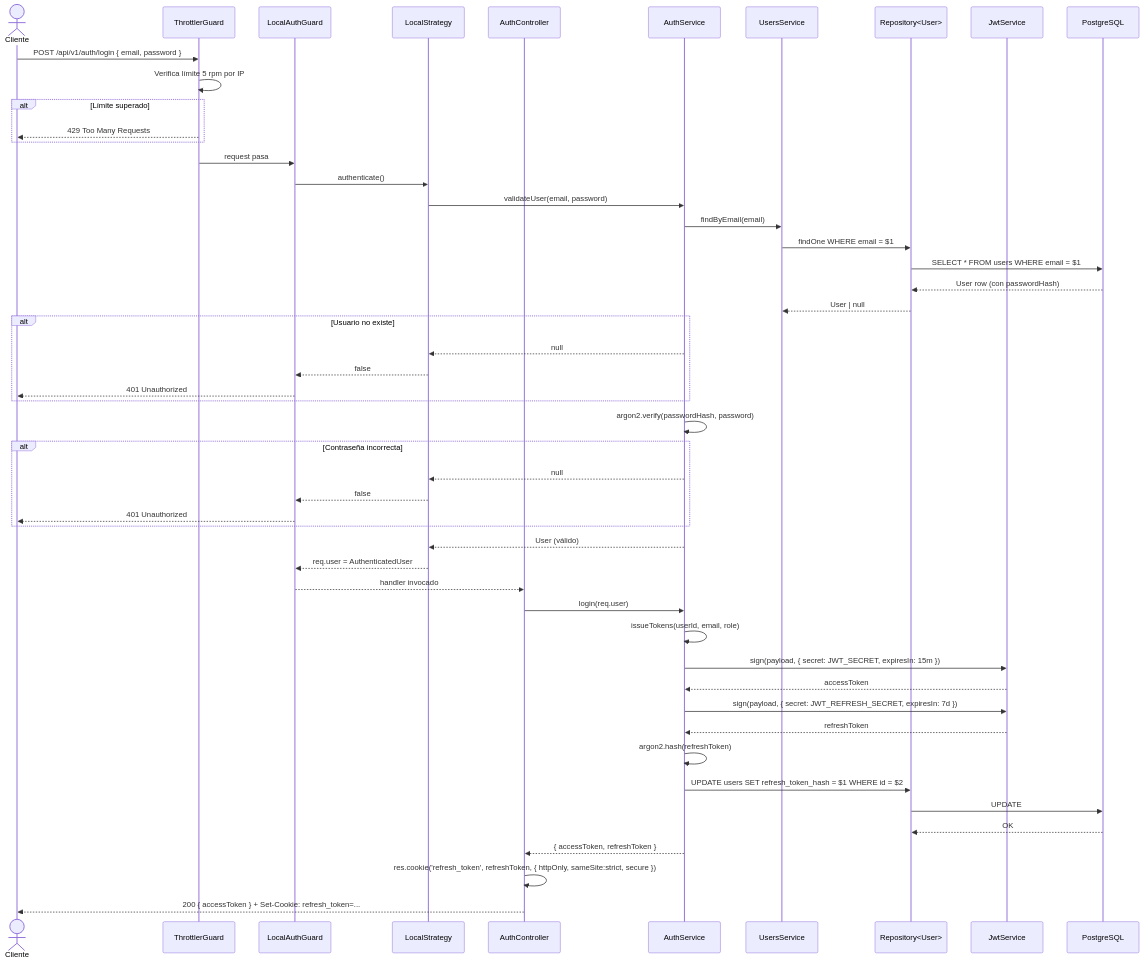
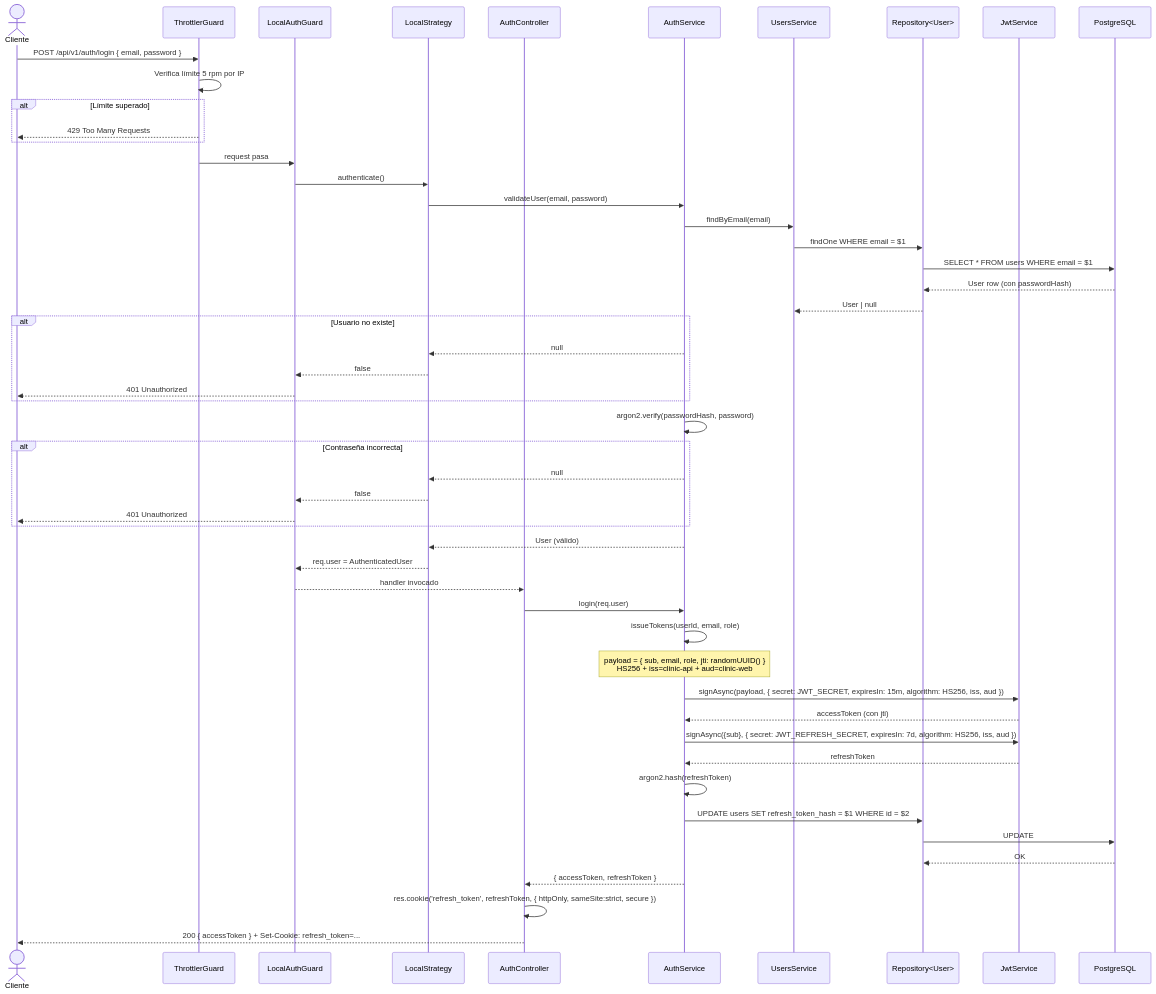
The first of 4 diagrams in SEQUENCES.md (MiguelAngelRamos/base-nest-deluxe), drawn with Mermaid before and after one commit. The commit also changed other lines of this file and 7 other files, not shown here.

````diff
--- a/SEQUENCES.md
+++ b/SEQUENCES.md
@@ -13,60 +14,61 @@
 ```mermaid
 sequenceDiagram
     actor Cliente
     participant ThrottlerGuard
     participant LocalAuthGuard
     participant LocalStrategy
     participant AuthController
     participant AuthService
     participant UsersService
     participant UserRepo as Repository<User>
     participant JwtService
     participant DB as PostgreSQL
 
     Cliente->>ThrottlerGuard: POST /api/v1/auth/login { email, password }
     ThrottlerGuard->>ThrottlerGuard: Verifica límite 5 rpm por IP
     alt Límite superado
         ThrottlerGuard-->>Cliente: 429 Too Many Requests
     end
 
     ThrottlerGuard->>LocalAuthGuard: request pasa
     LocalAuthGuard->>LocalStrategy: authenticate()
     LocalStrategy->>AuthService: validateUser(email, password)
     AuthService->>UsersService: findByEmail(email)
     UsersService->>UserRepo: findOne WHERE email = $1
     UserRepo->>DB: SELECT * FROM users WHERE email = $1
     DB-->>UserRepo: User row (con passwordHash)
     UserRepo-->>UsersService: User | null
 
     alt Usuario no existe
         AuthService-->>LocalStrategy: null
         LocalStrategy-->>LocalAuthGuard: false
         LocalAuthGuard-->>Cliente: 401 Unauthorized
     end
 
     AuthService->>AuthService: argon2.verify(passwordHash, password)
     alt Contraseña incorrecta
         AuthService-->>LocalStrategy: null
         LocalStrategy-->>LocalAuthGuard: false
         LocalAuthGuard-->>Cliente: 401 Unauthorized
     end
 
     AuthService-->>LocalStrategy: User (válido)
     LocalStrategy-->>LocalAuthGuard: req.user = AuthenticatedUser
     LocalAuthGuard-->>AuthController: handler invocado
 
     AuthController->>AuthService: login(req.user)
     AuthService->>AuthService: issueTokens(userId, email, role)
-    AuthService->>JwtService: sign(payload, { secret: JWT_SECRET, expiresIn: 15m })
-    JwtService-->>AuthService: accessToken
-    AuthService->>JwtService: sign(payload, { secret: JWT_REFRESH_SECRET, expiresIn: 7d })
+    Note over AuthService: payload = { sub, email, role, jti: randomUUID() }<br/>HS256 + iss=clinic-api + aud=clinic-web
+    AuthService->>JwtService: signAsync(payload, { secret: JWT_SECRET, expiresIn: 15m, algorithm: HS256, iss, aud })
+    JwtService-->>AuthService: accessToken (con jti)
+    AuthService->>JwtService: signAsync({sub}, { secret: JWT_REFRESH_SECRET, expiresIn: 7d, algorithm: HS256, iss, aud })
     JwtService-->>AuthService: refreshToken
     AuthService->>AuthService: argon2.hash(refreshToken)
     AuthService->>UserRepo: UPDATE users SET refresh_token_hash = $1 WHERE id = $2
     UserRepo->>DB: UPDATE
     DB-->>UserRepo: OK
 
     AuthService-->>AuthController: { accessToken, refreshToken }
     AuthController->>AuthController: res.cookie('refresh_token', refreshToken, { httpOnly, sameSite:strict, secure })
     AuthController-->>Cliente: 200 { accessToken } + Set-Cookie: refresh_token=...
 ```
````
